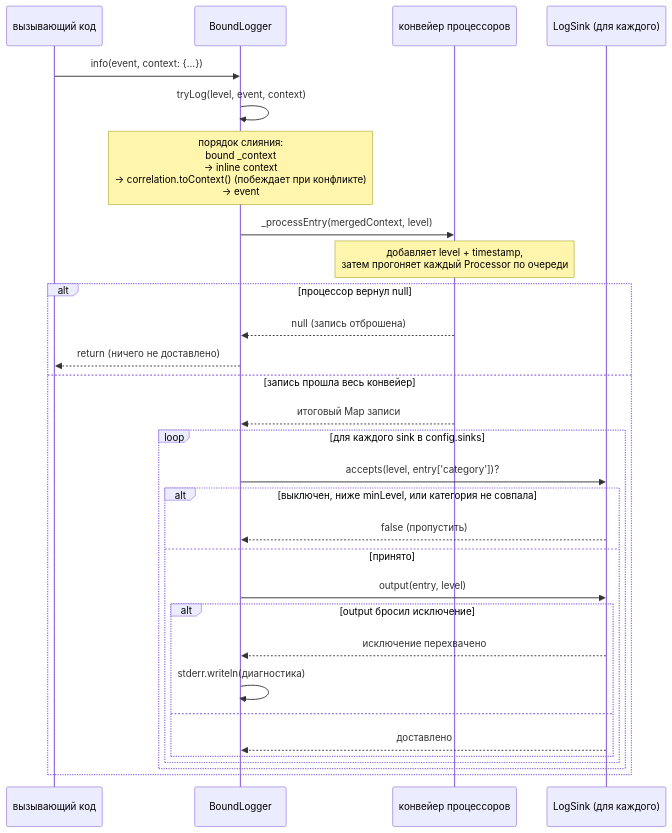
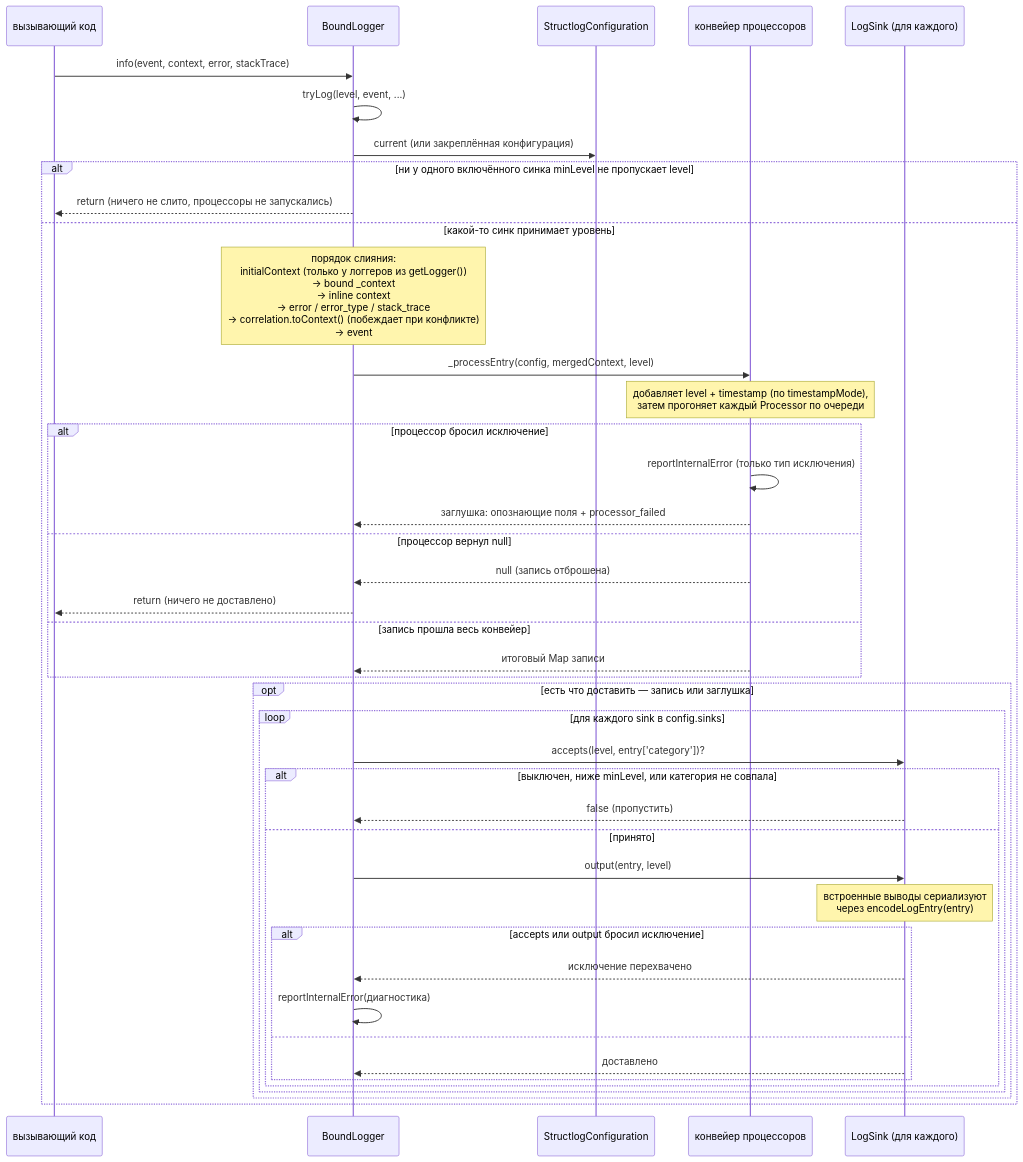
One commit to pese-git/structured_log changed the second of 4 diagrams in emb/structured_log/doc/ARCHITECTURE.ru.md. Above: the diagram before and after it, drawn with Mermaid. The commit also changed other lines of this file and 4 other files, not shown here.

````diff
--- a/emb/structured_log/doc/ARCHITECTURE.ru.md
+++ b/emb/structured_log/doc/ARCHITECTURE.ru.md
@@ -120,33 +142,45 @@
 ```mermaid
 sequenceDiagram
     participant Caller as вызывающий код
     participant BoundLogger
+    participant Config as StructlogConfiguration
     participant Processors as конвейер процессоров
     participant Sink as LogSink (для каждого)
 
-    Caller->>BoundLogger: info(event, context: {...})
-    BoundLogger->>BoundLogger: tryLog(level, event, context)
-    Note over BoundLogger: порядок слияния:<br/>bound _context<br/>→ inline context<br/>→ correlation.toContext() (побеждает при конфликте)<br/>→ event
-    BoundLogger->>Processors: _processEntry(mergedContext, level)
-    Note over Processors: добавляет level + timestamp,<br/>затем прогоняет каждый Processor по очереди
-    alt процессор вернул null
-        Processors-->>BoundLogger: null (запись отброшена)
-        BoundLogger-->>Caller: return (ничего не доставлено)
-    else запись прошла весь конвейер
-        Processors-->>BoundLogger: итоговый Map записи
-        loop для каждого sink в config.sinks
-            BoundLogger->>Sink: accepts(level, entry['category'])?
-            alt выключен, ниже minLevel, или категория не совпала
-                Sink-->>BoundLogger: false (пропустить)
-            else принято
-                BoundLogger->>Sink: output(entry, level)
-                alt output бросил исключение
-                    Sink-->>BoundLogger: исключение перехвачено
-                    BoundLogger->>BoundLogger: stderr.writeln(диагностика)
-                else
-                    Sink-->>BoundLogger: доставлено
+    Caller->>BoundLogger: info(event, context, error, stackTrace)
+    BoundLogger->>BoundLogger: tryLog(level, event, ...)
+    BoundLogger->>Config: current (или закреплённая конфигурация)
+    alt ни у одного включённого синка minLevel не пропускает level
+        BoundLogger-->>Caller: return (ничего не слито, процессоры не запускались)
+    else какой-то синк принимает уровень
+        Note over BoundLogger: порядок слияния:<br/>initialContext (только у логгеров из getLogger())<br/>→ bound _context<br/>→ inline context<br/>→ error / error_type / stack_trace<br/>→ correlation.toContext() (побеждает при конфликте)<br/>→ event
+        BoundLogger->>Processors: _processEntry(config, mergedContext, level)
+        Note over Processors: добавляет level + timestamp (по timestampMode),<br/>затем прогоняет каждый Processor по очереди
+        alt процессор бросил исключение
+            Processors->>Processors: reportInternalError (только тип исключения)
+            Processors-->>BoundLogger: заглушка: опознающие поля + processor_failed
+        else процессор вернул null
+            Processors-->>BoundLogger: null (запись отброшена)
+            BoundLogger-->>Caller: return (ничего не доставлено)
+        else запись прошла весь конвейер
+            Processors-->>BoundLogger: итоговый Map записи
+        end
+        opt есть что доставить — запись или заглушка
+            loop для каждого sink в config.sinks
+                BoundLogger->>Sink: accepts(level, entry['category'])?
+                alt выключен, ниже minLevel, или категория не совпала
+                    Sink-->>BoundLogger: false (пропустить)
+                else принято
+                    BoundLogger->>Sink: output(entry, level)
+                    Note over Sink: встроенные выводы сериализуют<br/>через encodeLogEntry(entry)
+                    alt accepts или output бросил исключение
+                        Sink-->>BoundLogger: исключение перехвачено
+                        BoundLogger->>BoundLogger: reportInternalError(диагностика)
+                    else
+                        Sink-->>BoundLogger: доставлено
+                    end
                 end
             end
         end
     end
 ```
````
